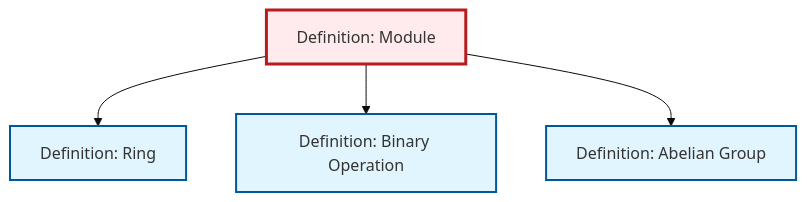
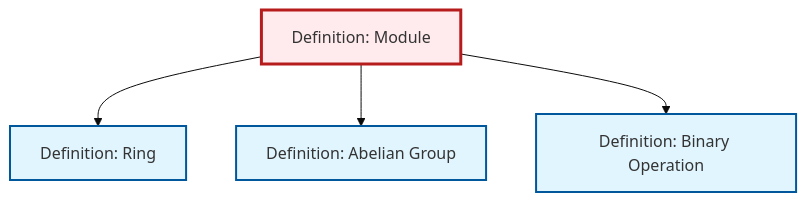
Before and after one commit to RK0429/ModernMath: the diagram in content/en/algebra/def-module.qmd, drawn with Mermaid (base theme). The commit also changed other lines of this file and 531 other files, not shown here.

````diff
--- a/content/en/algebra/def-module.qmd
+++ b/content/en/algebra/def-module.qmd
@@ -55,20 +55,20 @@
 ```{mermaid}
 %%| fig-cap: "Local dependency graph"
 graph TD
     classDef definition fill:#e1f5fe,stroke:#01579b,stroke-width:2px
     classDef theorem fill:#f3e5f5,stroke:#4a148c,stroke-width:2px
     classDef axiom fill:#fff3e0,stroke:#e65100,stroke-width:2px
     classDef example fill:#e8f5e9,stroke:#1b5e20,stroke-width:2px
     classDef current fill:#ffebee,stroke:#b71c1c,stroke-width:3px
     def-binary-operation["Definition: Binary Operation"]:::definition
     def-abelian-group["Definition: Abelian Group"]:::definition
+    def-module["Definition: Module"]:::definition
     def-ring["Definition: Ring"]:::definition
-    def-module["Definition: Module"]:::definition
     def-module --> def-ring
+    def-module --> def-abelian-group
     def-module --> def-binary-operation
-    def-module --> def-abelian-group
     class def-module current
     click def-binary-operation "def-binary-operation.html" "Go to Binary Operation definition"
     click def-abelian-group "def-abelian-group.html" "Go to Abelian Group definition"
     click def-ring "def-ring.html" "Go to Ring definition"
 ```
````
